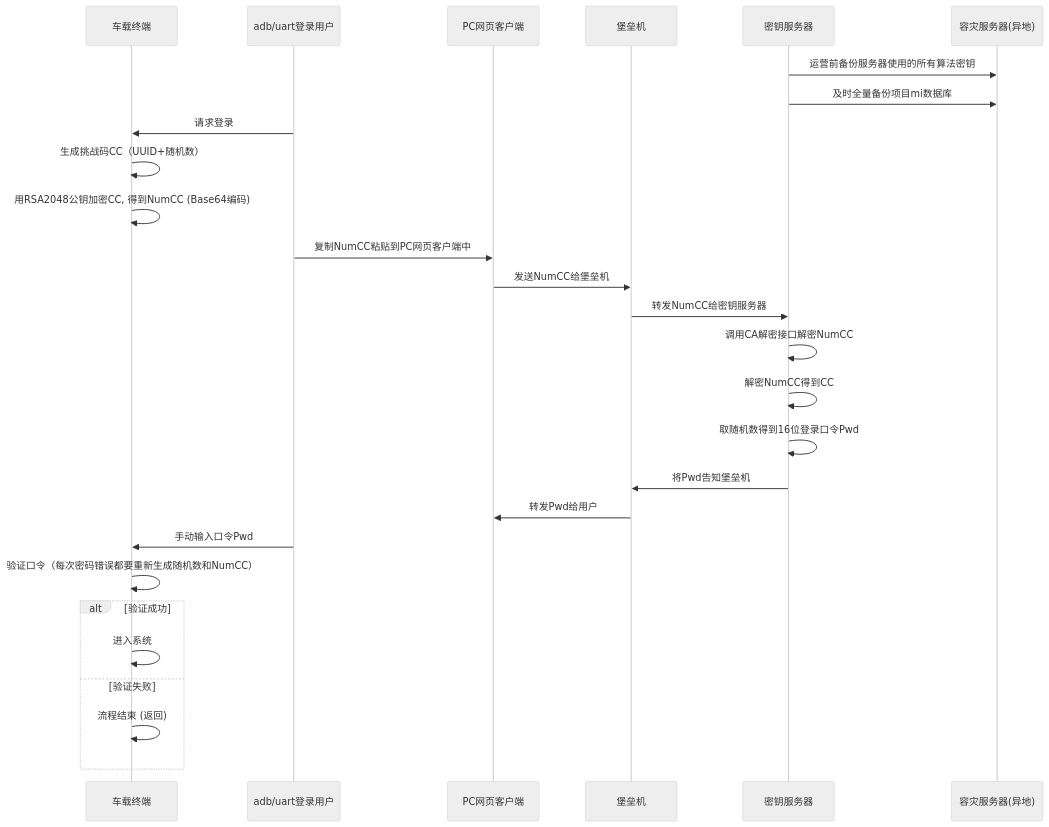
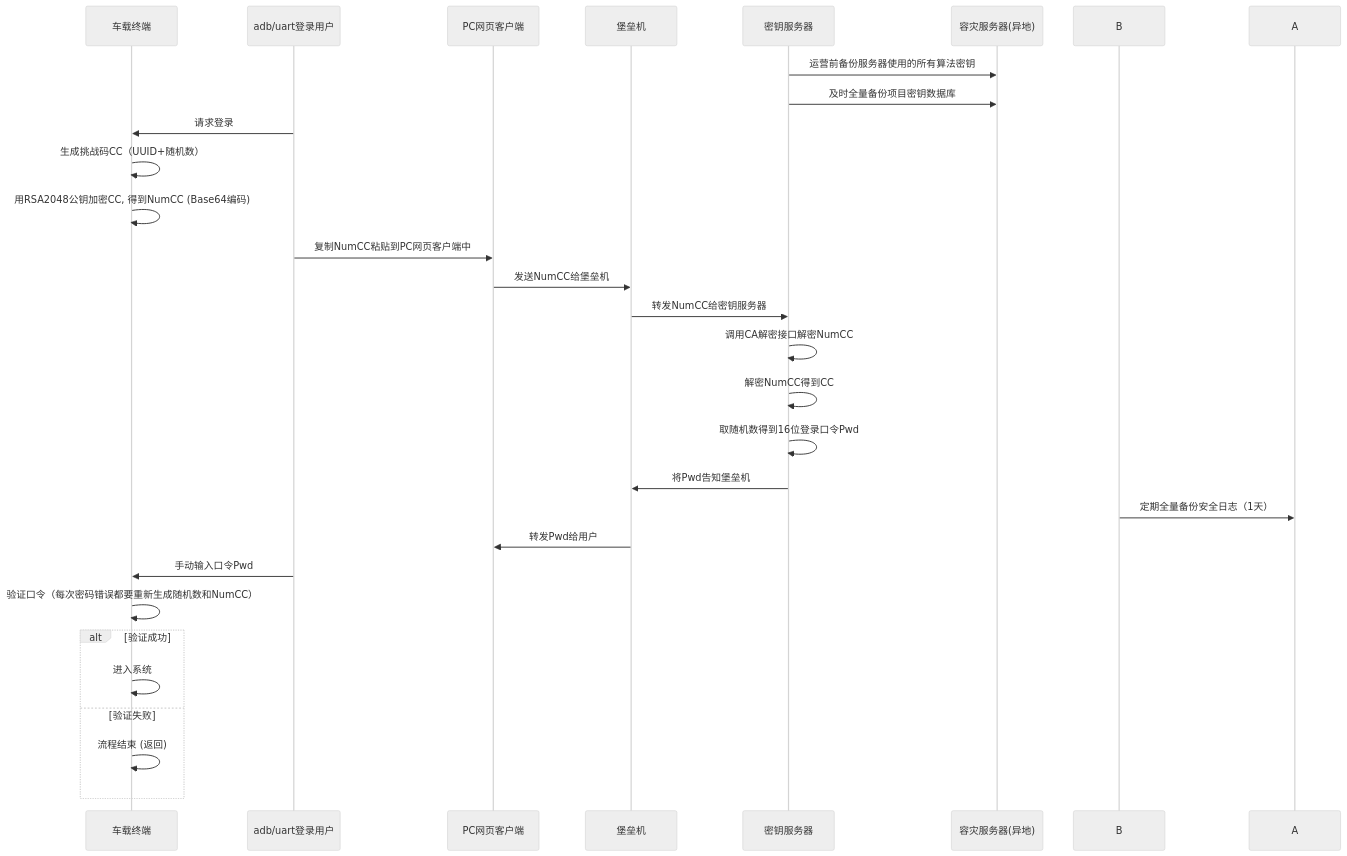
Before and after one commit to facebook-cloud/iodraw-files: the diagram in all/未命名-19.md, drawn with Mermaid (neutral theme).

Commit message:
2026-03-13 15:38:22 update

````diff
--- a/all/未命名-19.md
+++ b/all/未命名-19.md
@@ -1,32 +1,34 @@
 ```mermaid
 sequenceDiagram
     participant tbox as 车载终端
     participant user as adb/uart登录用户
     participant pc as PC网页客户端
     participant bastion as 堡垒机
     participant tech_center as 密钥服务器
     participant backup as 容灾服务器(异地)
   
     tech_center->>backup: 运营前备份服务器使用的所有算法密钥
-    tech_center->>backup: 及时全量备份项目mi数据库
+    tech_center->>backup: 及时全量备份项目密钥数据库
     user->>tbox: 请求登录
     tbox->>tbox: 生成挑战码CC（UUID+随机数）
     tbox->>tbox: 用RSA2048公钥加密CC, 得到NumCC (Base64编码)
     user->>pc: 复制NumCC粘贴到PC网页客户端中
     pc->>bastion: 发送NumCC给堡垒机
     bastion->>tech_center: 转发NumCC给密钥服务器
     tech_center->>tech_center: 调用CA解密接口解密NumCC
     tech_center->>tech_center: 解密NumCC得到CC
     tech_center->>tech_center: 取随机数得到16位登录口令Pwd
     tech_center->>bastion: 将Pwd告知堡垒机
+
+    B->>A: 定期全量备份安全日志（1天）
     bastion->>pc: 转发Pwd给用户
     user->>tbox: 手动输入口令Pwd
     tbox->>tbox: 验证口令（每次密码错误都要重新生成随机数和NumCC）
     alt 验证成功
         tbox->>tbox: 进入系统
     else 验证失败
         tbox->>tbox: 流程结束 (返回)
     end
 
 
 ```
````
